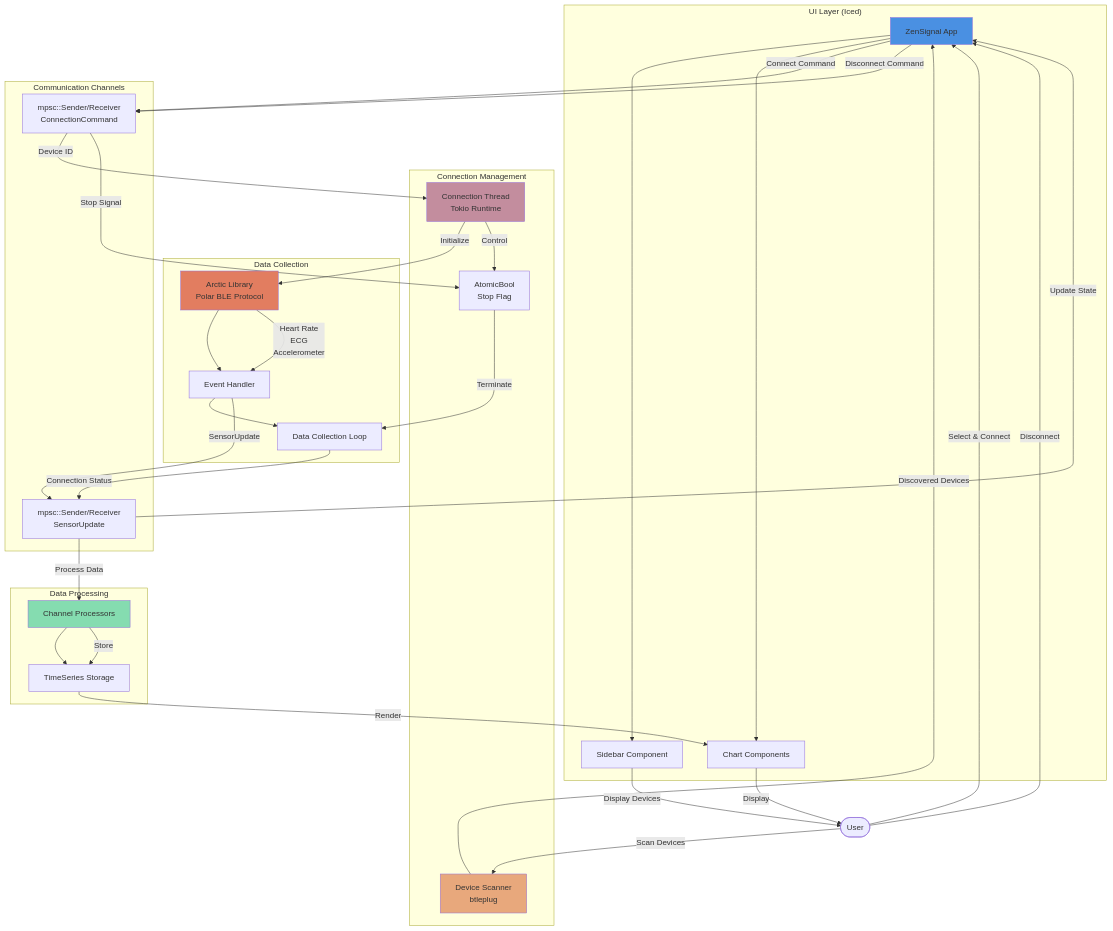
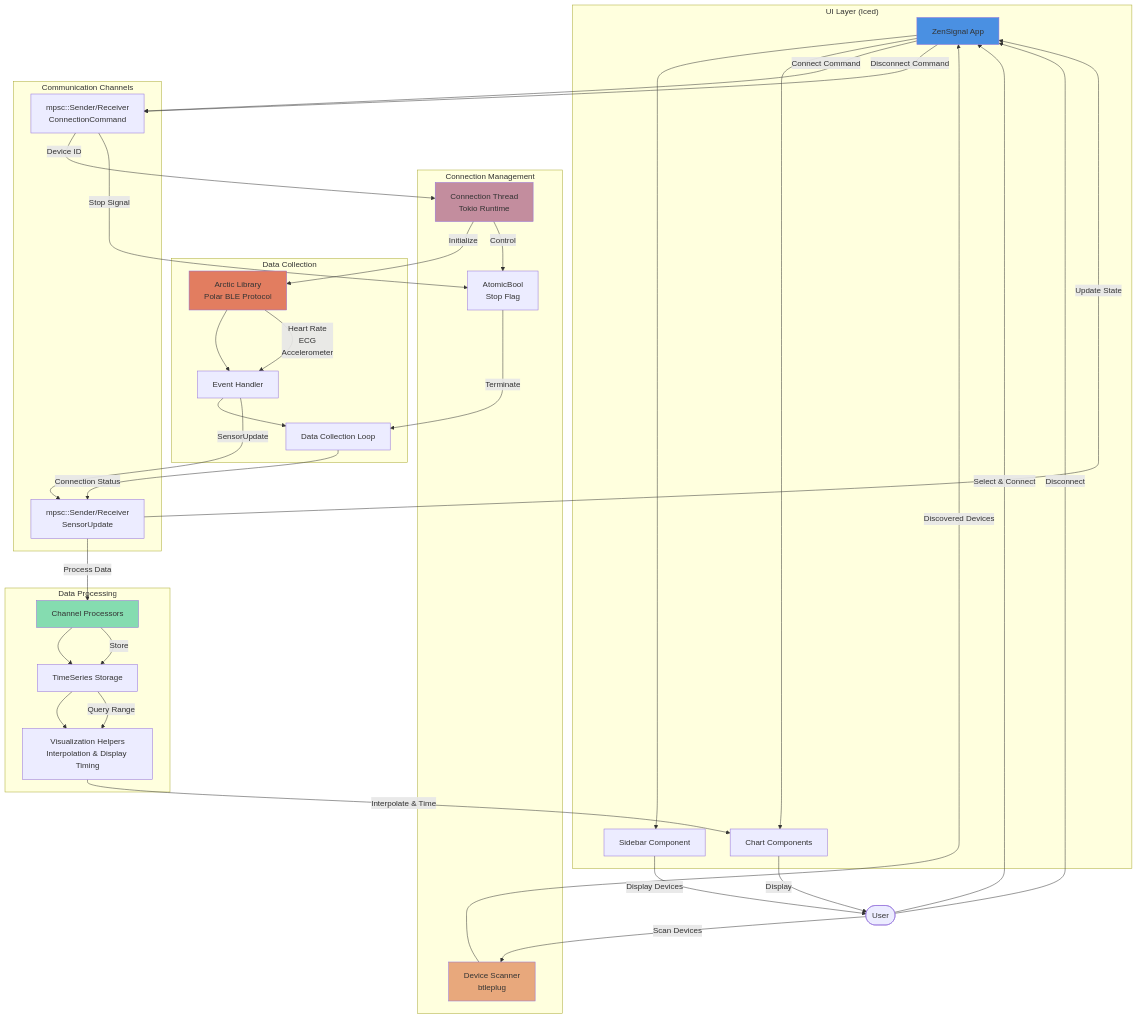
Before and after one commit to jacquayj/zen-signal: the diagram in ARCHITECTURE.md, drawn with Mermaid. The commit also changed other lines of this file and 5 other files, not shown here.

````diff
--- a/ARCHITECTURE.md
+++ b/ARCHITECTURE.md
@@ -3,73 +3,76 @@
 ```mermaid
 graph TB
     subgraph "UI Layer (Iced)"
         UI[ZenSignal App]
         Sidebar[Sidebar Component]
         Charts[Chart Components]
         UI --> Sidebar
         UI --> Charts
     end
 
     subgraph "Connection Management"
         Scanner[Device Scanner<br/>btleplug]
         ConnThread[Connection Thread<br/>Tokio Runtime]
         StopFlag[AtomicBool<br/>Stop Flag]
     end
 
     subgraph "Data Collection"
         Arctic[Arctic Library<br/>Polar BLE Protocol]
         Handler[Event Handler]
         DataCollection[Data Collection Loop]
         Arctic --> Handler
         Handler --> DataCollection
     end
 
     subgraph "Data Processing"
         Channels[Channel Processors]
         TimeSeries[TimeSeries Storage]
+        Visualization[Visualization Helpers<br/>Interpolation & Display Timing]
         Channels --> TimeSeries
+        TimeSeries --> Visualization
     end
 
     subgraph "Communication Channels"
         UpdateChannel[mpsc::Sender/Receiver<br/>SensorUpdate]
         CommandChannel[mpsc::Sender/Receiver<br/>ConnectionCommand]
     end
 
     %% User interactions
     User([User]) -->|Scan Devices| Scanner
     User -->|Select & Connect| UI
     User -->|Disconnect| UI
 
     %% Scanning flow
     Scanner -->|Discovered Devices| UI
     Sidebar -->|Display Devices| User
 
     %% Connection flow
     UI -->|Connect Command| CommandChannel
     CommandChannel -->|Device ID| ConnThread
     ConnThread -->|Initialize| Arctic
     ConnThread -->|Control| StopFlag
     
     %% Disconnect flow
     UI -->|Disconnect Command| CommandChannel
     CommandChannel -->|Stop Signal| StopFlag
     StopFlag -->|Terminate| DataCollection
 
     %% Data flow
     Arctic -->|Heart Rate<br/>ECG<br/>Accelerometer| Handler
     Handler -->|SensorUpdate| UpdateChannel
     UpdateChannel -->|Process Data| Channels
     Channels -->|Store| TimeSeries
-    TimeSeries -->|Render| Charts
+    TimeSeries -->|Query Range| Visualization
+    Visualization -->|Interpolate & Time| Charts
     Charts -->|Display| User
 
     %% Status feedback
     DataCollection -->|Connection Status| UpdateChannel
     UpdateChannel -->|Update State| UI
 
     style UI fill:#4a90e2
     style Arctic fill:#e27d60
     style Channels fill:#85dcb0
     style Scanner fill:#e8a87c
     style ConnThread fill:#c38d9e
 ```
````
